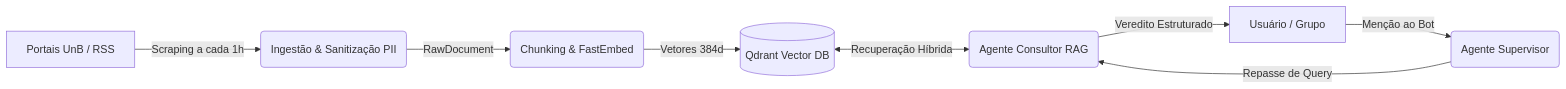
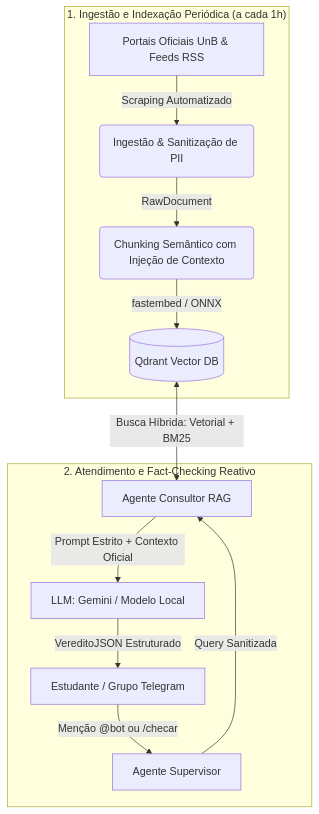
Before and after one commit to unb-Sistemas-de-Machine-learning/challenge_1_accio: the diagram in docs/index.md, drawn with Mermaid. The commit also changed other lines of this file, not shown here.

Commit message:
docs(index): troca do diagrama para diagrama vertical e arruma latex

````diff
--- a/docs/index.md
+++ b/docs/index.md
@@ -42,10 +42,16 @@
 ```mermaid
-flowchart LR
-    A[Portais UnB / RSS] -->|Scraping a cada 1h| B(Ingestão & Sanitização PII)
-    B -->|RawDocument| C(Chunking & FastEmbed)
-    C -->|Vetores 384d| D[(Qdrant Vector DB)]
-    E[Usuário / Grupo] -->|Menção ao Bot| F(Agente Supervisor)
-    F -->|Repasse de Query| G(Agente Consultor RAG)
-    D <-->|Recuperação Híbrida| G
-    G -->|Veredito Estruturado| E
+flowchart TD
+    subgraph Ingestao ["1. Ingestão e Indexação Periódica (a cada 1h)"]
+        A[Portais Oficiais UnB & Feeds RSS] -->|Scraping Automatizado| B(Ingestão & Sanitização de PII)
+        B -->|RawDocument| C(Chunking Semântico com Injeção de Contexto)
+        C -->|fastembed / ONNX| D[(Qdrant Vector DB)]
+    end
+
+    subgraph Consulta ["2. Atendimento e Fact-Checking Reativo"]
+        E[Estudante / Grupo Telegram] -->|Menção @bot ou /checar| F[Agente Supervisor]
+        F -->|Query Sanitizada| G[Agente Consultor RAG]
+        D <-->|Busca Híbrida: Vetorial + BM25| G
+        G -->|Prompt Estrito + Contexto Oficial| H[LLM: Gemini / Modelo Local]
+        H -->|VereditoJSON Estruturado| E
+    end
 ```
````
